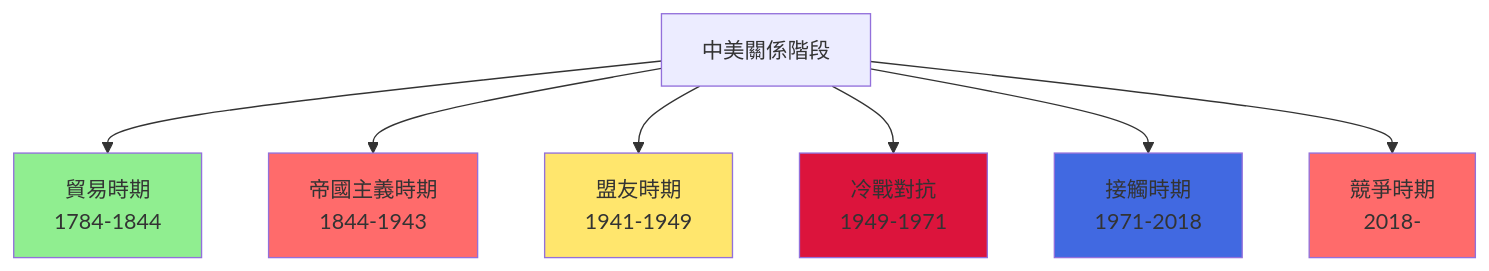
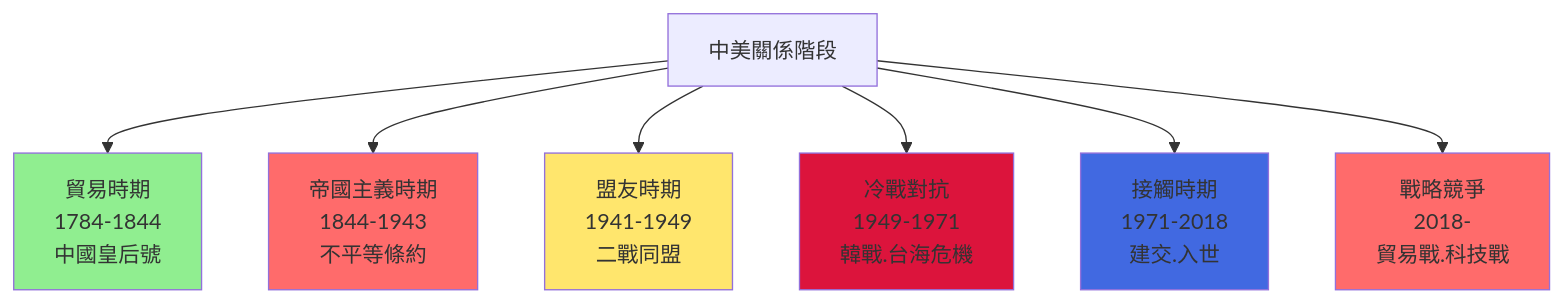
Before and after one commit to yip-lgtm/HKU-Harvard-History-Self-Study: the first of 5 diagrams in 01_HKU_Courses/HIST2118_Chinese_and_Americans.md, drawn with Mermaid. The commit also changed other lines of this file and 22 other files, not shown here.

````diff
--- a/01_HKU_Courses/HIST2118_Chinese_and_Americans.md
+++ b/01_HKU_Courses/HIST2118_Chinese_and_Americans.md
@@ -84,15 +267,16 @@
 ```mermaid
 graph TD
-    A["中美關係階段"] --> B["貿易時期<br/>1784-1844"]
-    A --> C["帝國主義時期<br/>1844-1943"]
-    A --> D["盟友時期<br/>1941-1949"]
-    A --> E["冷戰對抗<br/>1949-1971"]
-    A --> F["接觸時期<br/>1971-2018"]
-    A --> G["競爭時期<br/>2018-"]
+    A["中美關係階段"] --> B["貿易時期<br/>1784-1844<br/>中國皇后號"]
+    A --> C["帝國主義時期<br/>1844-1943<br/>不平等條約"]
+    A --> D["盟友時期<br/>1941-1949<br/>二戰同盟"]
+    A --> E["冷戰對抗<br/>1949-1971<br/>韓戰.台海危機"]
+    A --> F["接觸時期<br/>1971-2018<br/>建交.入世"]
+    A --> G["戰略競爭<br/>2018-<br/>貿易戰.科技戰"]
+    
     style B fill:#90EE90
     style C fill:#FF6B6B
     style D fill:#FFE66D
     style E fill:#DC143C
     style F fill:#4169E1
     style G fill:#FF6B6B
 ```
````
